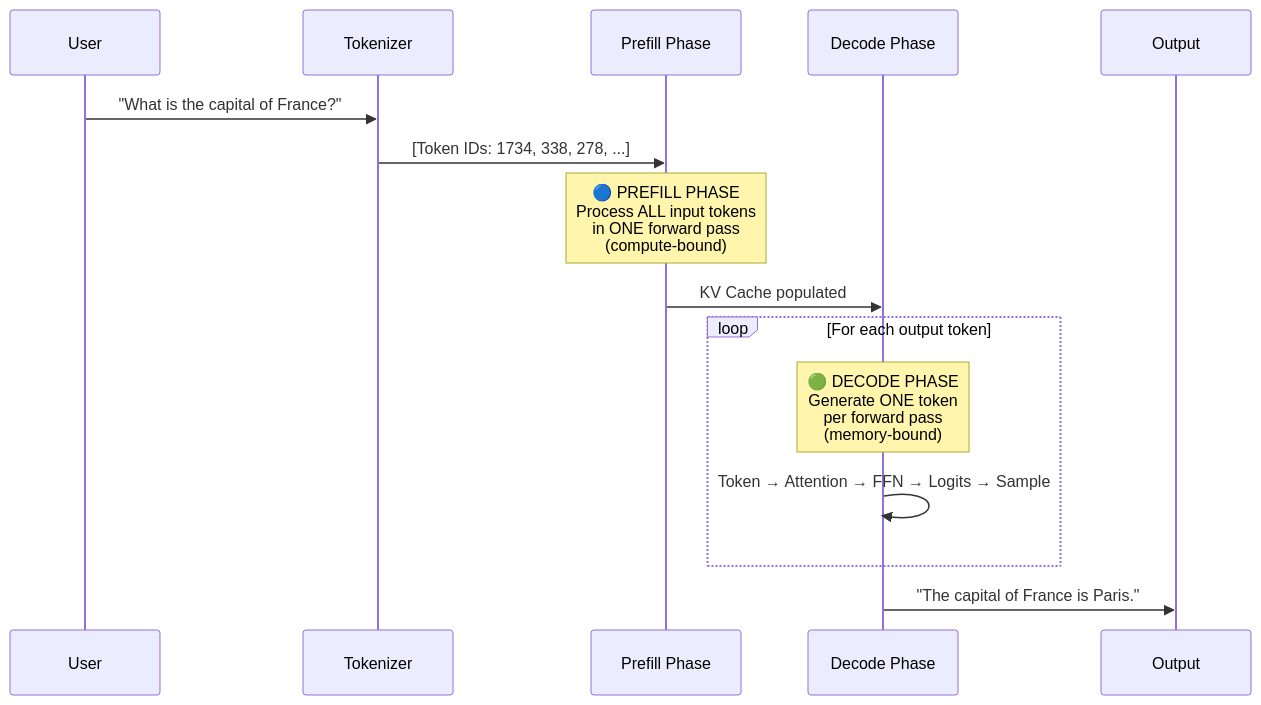
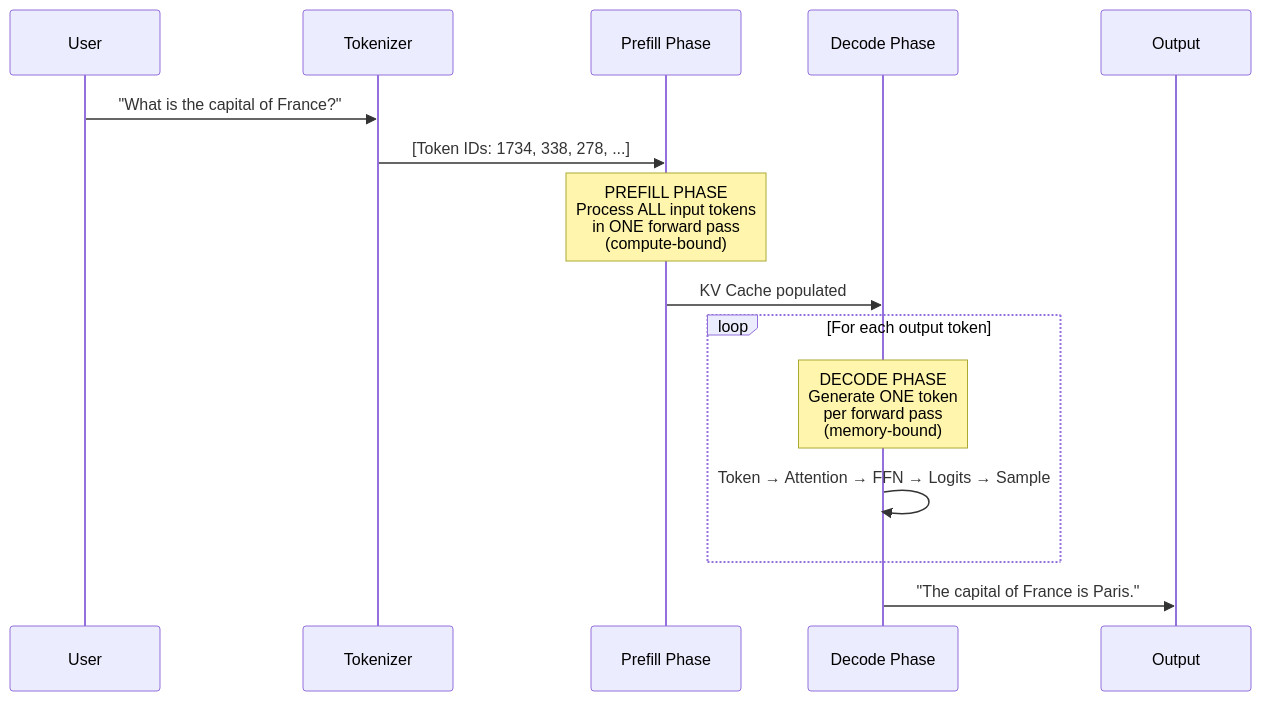
The third of 25 diagrams in docs/project_documentation.md (ch09/Low_Latency_Inference_optimization_LLM-LL_LLM-), drawn with Mermaid before and after one commit. The commit also changed other lines of this file and 1 other file, not shown here.

````diff
--- a/docs/project_documentation.md
+++ b/docs/project_documentation.md
@@ -97,22 +97,22 @@
 ```mermaid
 sequenceDiagram
     participant User
     participant Tokenizer
     participant Prefill as Prefill Phase
     participant Decode as Decode Phase
     participant Output
 
     User->>Tokenizer: "What is the capital of France?"
     Tokenizer->>Prefill: [Token IDs: 1734, 338, 278, ...]
 
-    Note over Prefill: 🔵 PREFILL PHASE<br/>Process ALL input tokens<br/>in ONE forward pass<br/>(compute-bound)
+    Note over Prefill: PREFILL PHASE<br/>Process ALL input tokens<br/>in ONE forward pass<br/>(compute-bound)
 
     Prefill->>Decode: KV Cache populated
 
     loop For each output token
-        Note over Decode: 🟢 DECODE PHASE<br/>Generate ONE token<br/>per forward pass<br/>(memory-bound)
+        Note over Decode: DECODE PHASE<br/>Generate ONE token<br/>per forward pass<br/>(memory-bound)
         Decode->>Decode: Token → Attention → FFN → Logits → Sample
     end
 
     Decode->>Output: "The capital of France is Paris."
 ```
````
